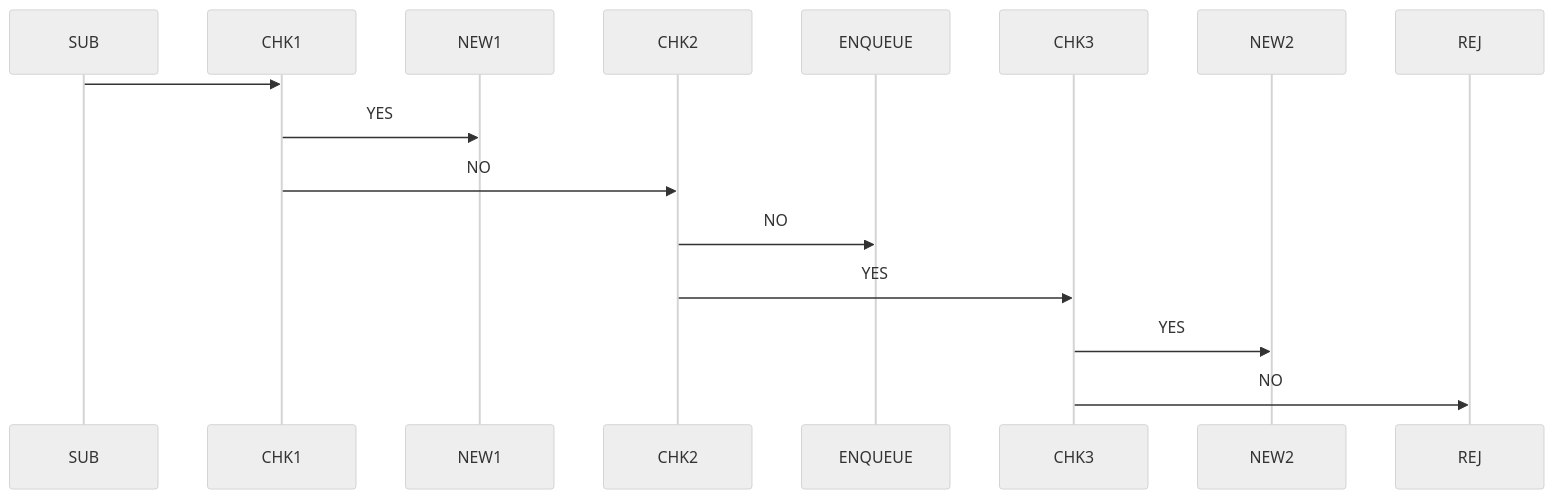
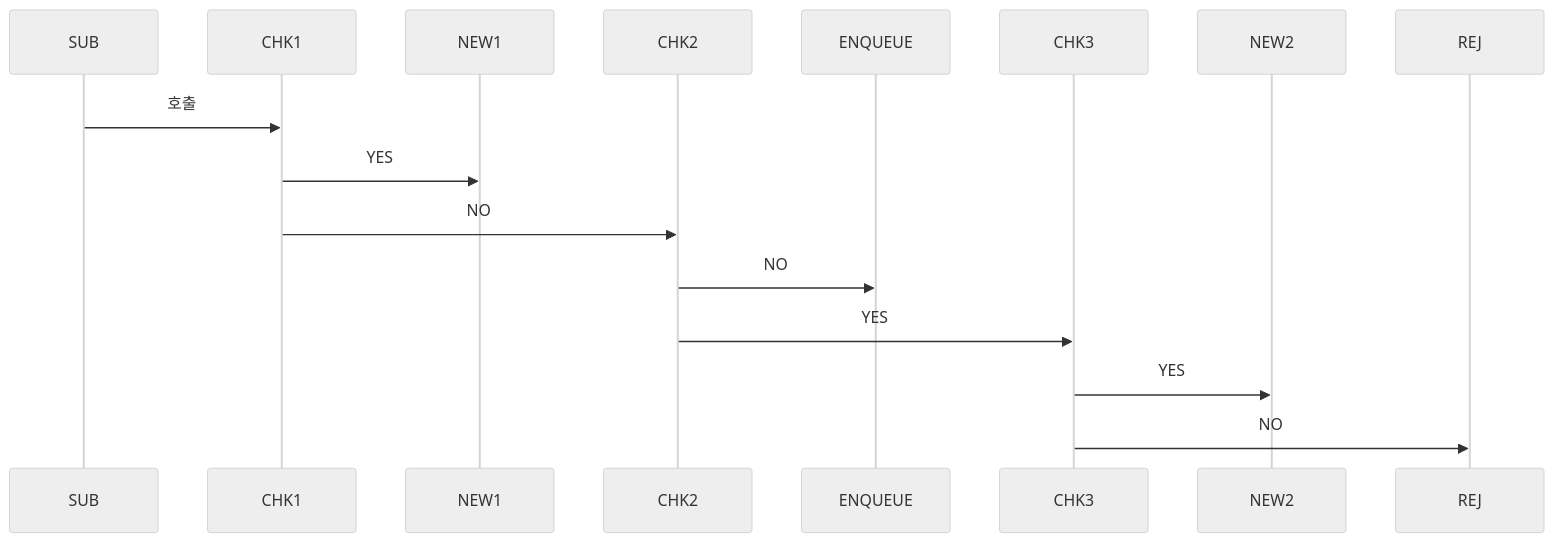
The seventh of 17 diagrams in _posts/java/2026-05-01-java-thread.md (yjkim2015/yjkim2015.github.io), drawn with Mermaid (neutral theme) before and after one commit. The commit also changed other lines of this file and 85 other files, not shown here.

First line of the commit message:
sequenceDiagram 문법 에러 2차 수정 169개 (86파일)

````diff
--- a/_posts/java/2026-05-01-java-thread.md
+++ b/_posts/java/2026-05-01-java-thread.md
@@ -825,10 +825,10 @@
 ```mermaid
 sequenceDiagram
-    SUB->>CHK1:
+    SUB->>CHK1: 호출
     CHK1->>NEW1: YES
     CHK1->>CHK2: NO
     CHK2->>ENQUEUE: NO
     CHK2->>CHK3: YES
     CHK3->>NEW2: YES
     CHK3->>REJ: NO
 ```
````
